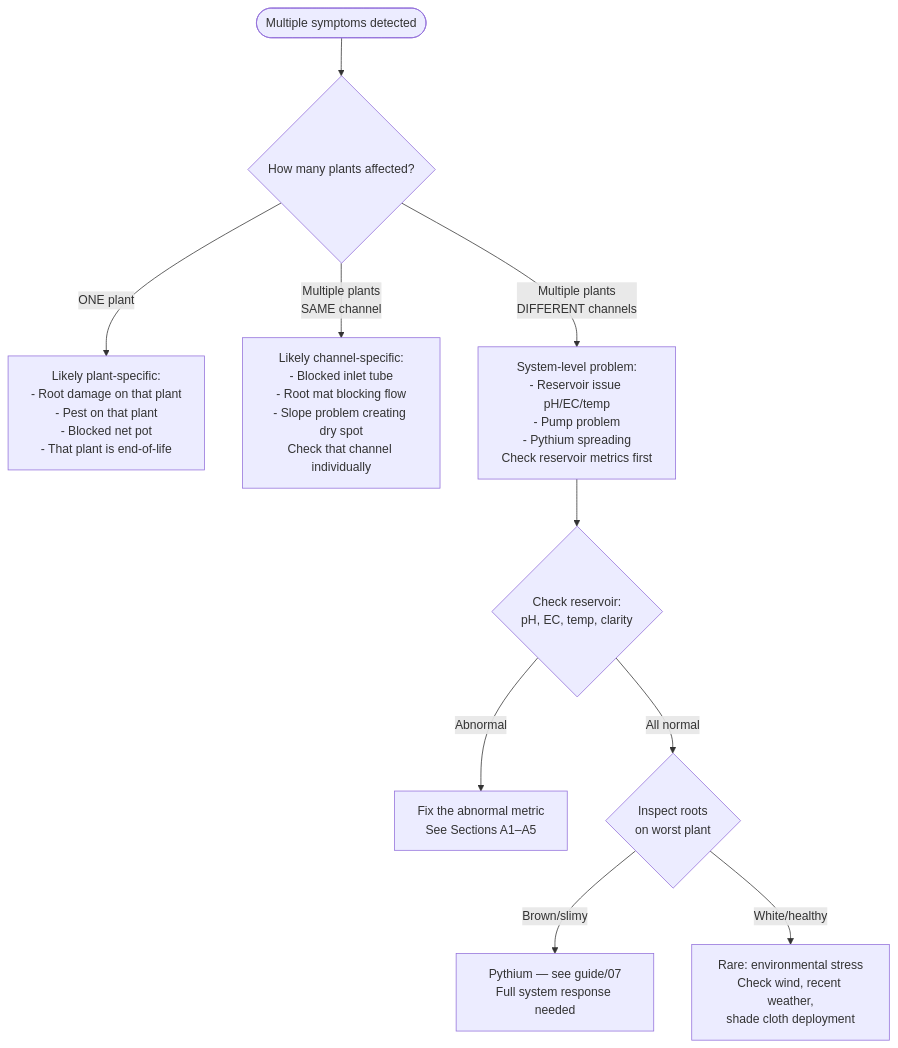
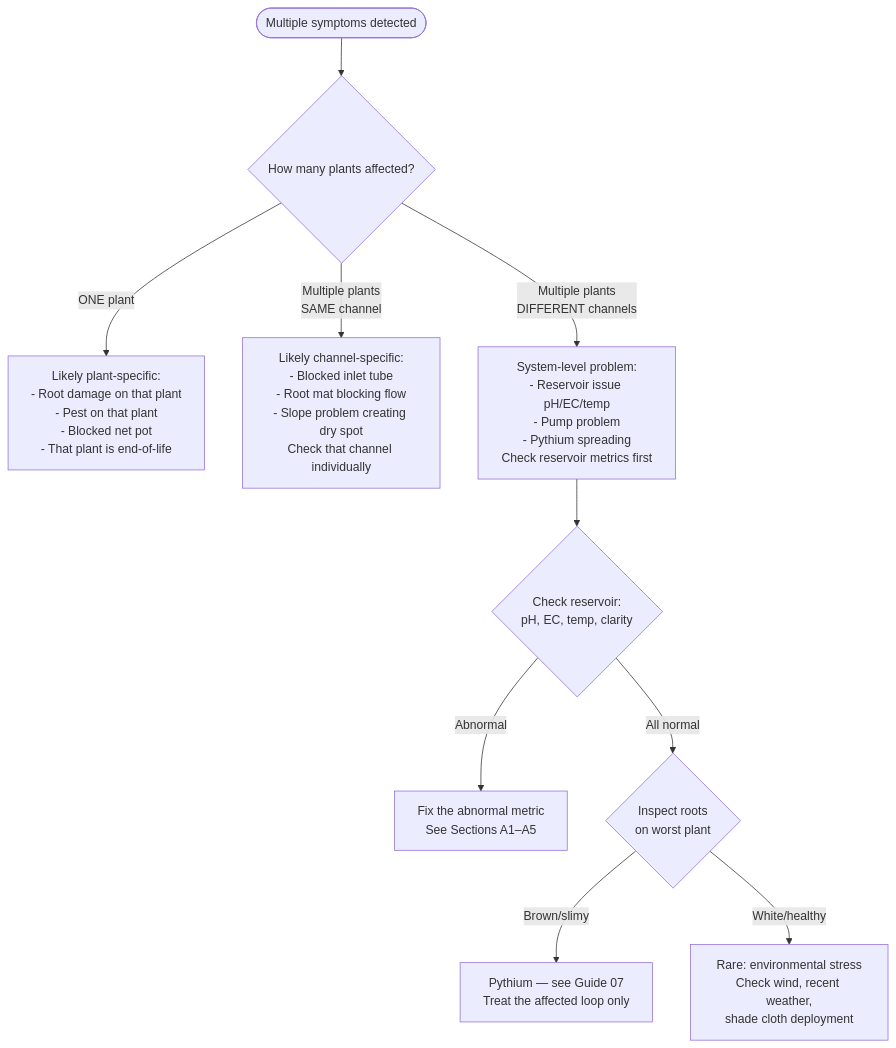
Before and after one commit to UncleJS/guide_hydroponics: the third of 4 diagrams in guide/nft/09-troubleshooting.md, drawn with Mermaid. The commit also changed other lines of this file and 35 other files, not shown here.

````diff
--- a/guide/nft/09-troubleshooting.md
+++ b/guide/nft/09-troubleshooting.md
@@ -701,18 +738,18 @@
 ```mermaid
 flowchart TD
     Start([Multiple symptoms detected])
 
     Start --> HowMany{How many plants affected?}
 
     HowMany -->|ONE plant| Single[Likely plant-specific:<br/>- Root damage on that plant<br/>- Pest on that plant<br/>- Blocked net pot<br/>- That plant is end-of-life]
 
     HowMany -->|Multiple plants<br/>SAME channel| Channel[Likely channel-specific:<br/>- Blocked inlet tube<br/>- Root mat blocking flow<br/>- Slope problem creating dry spot<br/>Check that channel individually]
 
     HowMany -->|Multiple plants<br/>DIFFERENT channels| System[System-level problem:<br/>- Reservoir issue pH/EC/temp<br/>- Pump problem<br/>- Pythium spreading<br/>Check reservoir metrics first]
 
     System --> Reservoir{Check reservoir:<br/>pH, EC, temp, clarity}
     Reservoir -->|Abnormal| FixRes[Fix the abnormal metric<br/>See Sections A1–A5]
     Reservoir -->|All normal| Roots{Inspect roots<br/>on worst plant}
-    Roots -->|Brown/slimy| Pythium[Pythium — see guide/07<br/>Full system response needed]
+    Roots -->|Brown/slimy| Pythium[Pythium — see Guide 07<br/>Treat the affected loop only]
     Roots -->|White/healthy| Mystery[Rare: environmental stress<br/>Check wind, recent weather,<br/>shade cloth deployment]
 ```
````
